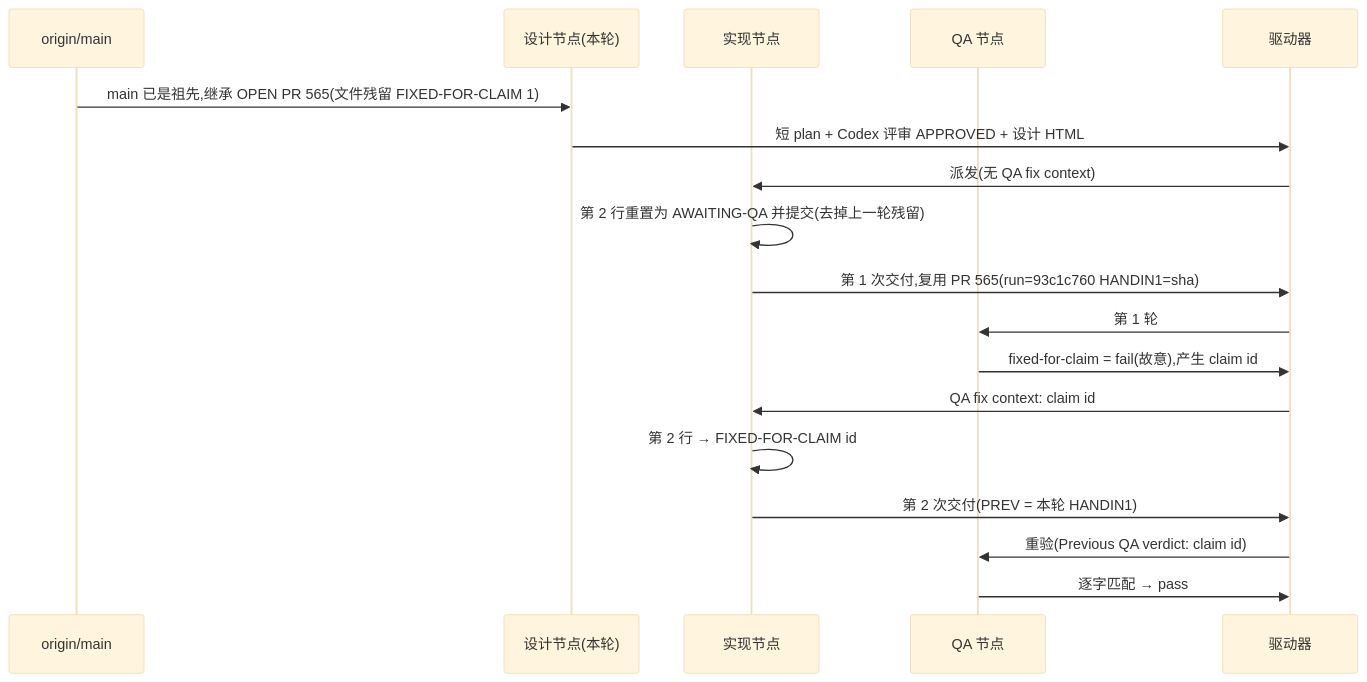
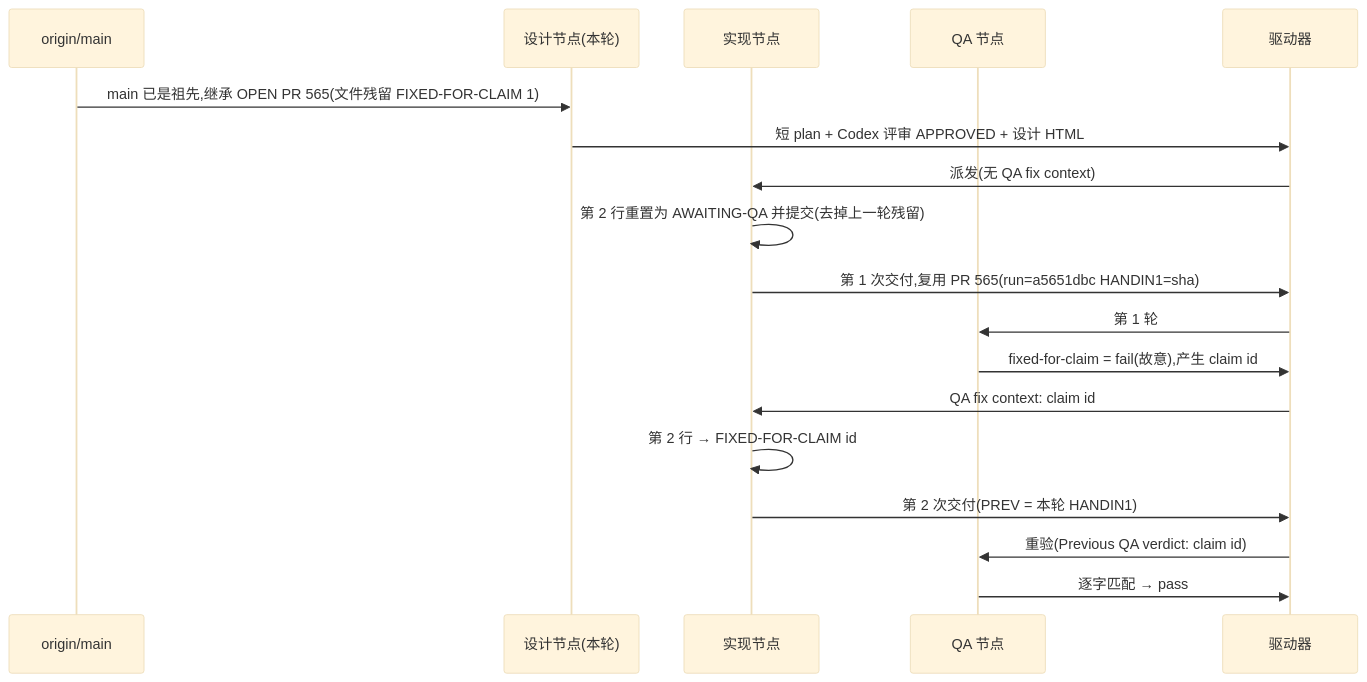
Before and after one commit to xrliAnnie/flywheel-qa-sandbox: the diagram in engineering/doc/FLY-3150-real-runner-drill/d1-core-flow.mmd, drawn with Mermaid (base theme). The commit also changed 2 other files, not shown here.

Commit message:
docs(FLY-3150): design review and founder HTML for run a5651dbc

```diff
--- a/engineering/doc/FLY-3150-real-runner-drill/d1-core-flow.mmd
+++ b/engineering/doc/FLY-3150-real-runner-drill/d1-core-flow.mmd
@@ -1,18 +1,18 @@
 sequenceDiagram
     participant M as origin/main
     participant S as 设计节点(本轮)
     participant I as 实现节点
     participant Q as QA 节点
     participant D as 驱动器
     M->>S: main 已是祖先,继承 OPEN PR 565(文件残留 FIXED-FOR-CLAIM 1)
     S->>D: 短 plan + Codex 评审 APPROVED + 设计 HTML
     D->>I: 派发(无 QA fix context)
     I->>I: 第 2 行重置为 AWAITING-QA 并提交(去掉上一轮残留)
-    I->>D: 第 1 次交付,复用 PR 565(run=93c1c760 HANDIN1=sha)
+    I->>D: 第 1 次交付,复用 PR 565(run=a5651dbc HANDIN1=sha)
     D->>Q: 第 1 轮
     Q->>D: fixed-for-claim = fail(故意),产生 claim id
     D->>I: QA fix context: claim id
     I->>I: 第 2 行 → FIXED-FOR-CLAIM id
     I->>D: 第 2 次交付(PREV = 本轮 HANDIN1)
     D->>Q: 重验(Previous QA verdict: claim id)
     Q->>D: 逐字匹配 → pass
```
